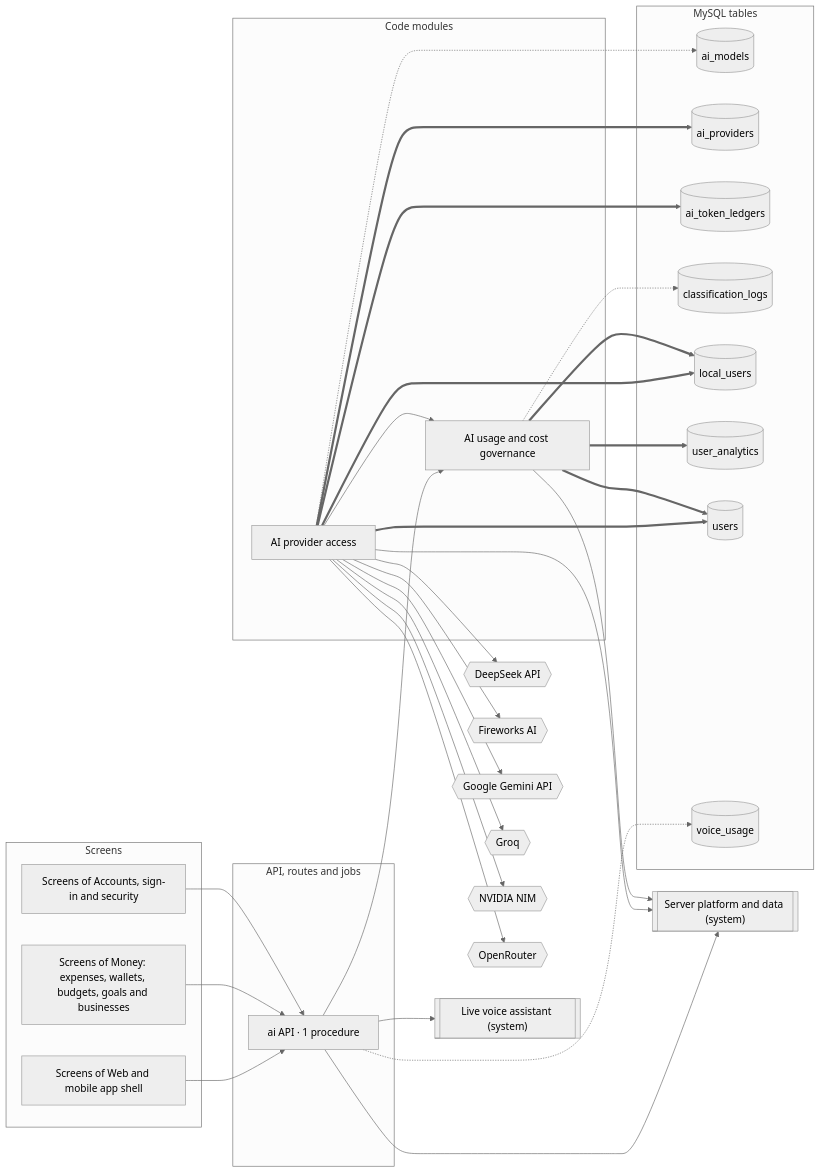
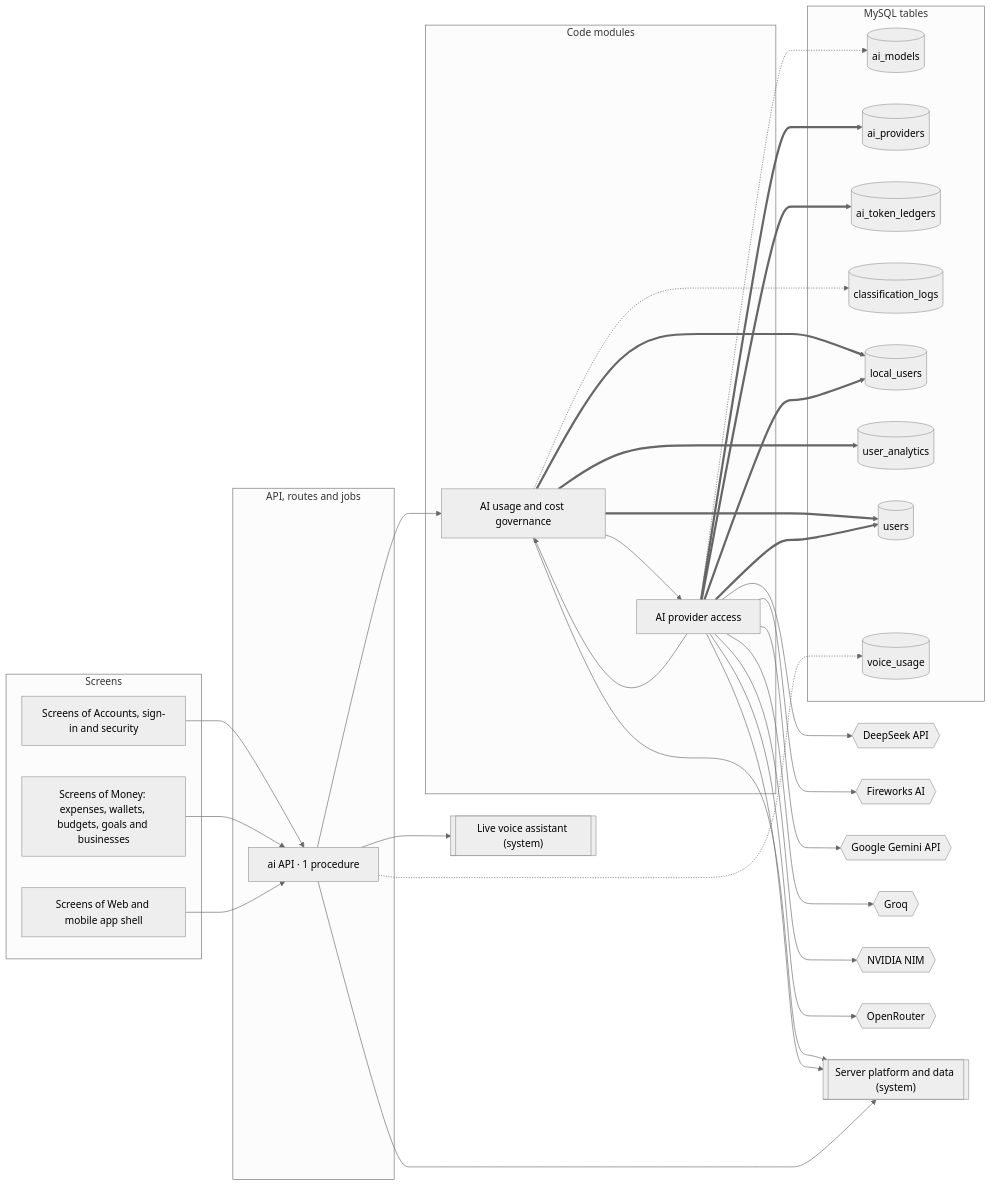
One commit to mahmoudtaherr111/smartspend_mini_all changed the diagram in docs/atlas/systems/ai-platform.md. Above: the diagram before and after it, drawn with Mermaid (neutral theme). The commit also changed other lines of this file and 50 other files, not shown here.

````diff
--- a/docs/atlas/systems/ai-platform.md
+++ b/docs/atlas/systems/ai-platform.md
@@ -13,58 +13,59 @@
 ```mermaid
 flowchart LR
   subgraph g_screens["Screens"]
     screens_accounts["Screens of Accounts, sign-in and security"]
     screens_money["Screens of Money: expenses, wallets, budgets, goals and businesses"]
     screens_web_app["Screens of Web and mobile app shell"]
   end
   subgraph g_api["API, routes and jobs"]
     router_ai["ai API · 1 procedure"]
   end
   subgraph g_modules["Code modules"]
     mod_ai_governance["AI usage and cost governance"]
     mod_ai_providers["AI provider access"]
   end
   subgraph g_tables["MySQL tables"]
     tbl_ai_models[("ai_models")]
     tbl_ai_providers[("ai_providers")]
     tbl_ai_token_ledgers[("ai_token_ledgers")]
     tbl_classification_logs[("classification_logs")]
     tbl_local_users[("local_users")]
     tbl_user_analytics[("user_analytics")]
     tbl_users[("users")]
     tbl_voice_usage[("voice_usage")]
   end
   ext_deepseek{{"DeepSeek API"}}
   ext_fireworks{{"Fireworks AI"}}
   ext_gemini{{"Google Gemini API"}}
   ext_groq{{"Groq"}}
   ext_nvidia{{"NVIDIA NIM"}}
   ext_openrouter{{"OpenRouter"}}
   sys_platform[["Server platform and data (system)"]]
   sys_voice_calls[["Live voice assistant (system)"]]
+  mod_ai_governance --> mod_ai_providers
   mod_ai_governance --> sys_platform
   mod_ai_governance -.-> tbl_classification_logs
   mod_ai_governance ==> tbl_local_users
   mod_ai_governance ==> tbl_user_analytics
   mod_ai_governance ==> tbl_users
   mod_ai_providers --> ext_deepseek
   mod_ai_providers --> ext_fireworks
   mod_ai_providers --> ext_gemini
   mod_ai_providers --> ext_groq
   mod_ai_providers --> ext_nvidia
   mod_ai_providers --> ext_openrouter
   mod_ai_providers --> mod_ai_governance
   mod_ai_providers --> sys_platform
   mod_ai_providers -.-> tbl_ai_models
   mod_ai_providers ==> tbl_ai_providers
   mod_ai_providers ==> tbl_ai_token_ledgers
   mod_ai_providers ==> tbl_local_users
   mod_ai_providers ==> tbl_users
   router_ai --> mod_ai_governance
   router_ai --> sys_platform
   router_ai --> sys_voice_calls
   router_ai -.-> tbl_voice_usage
   screens_accounts --> router_ai
   screens_money --> router_ai
   screens_web_app --> router_ai
 ```
````
